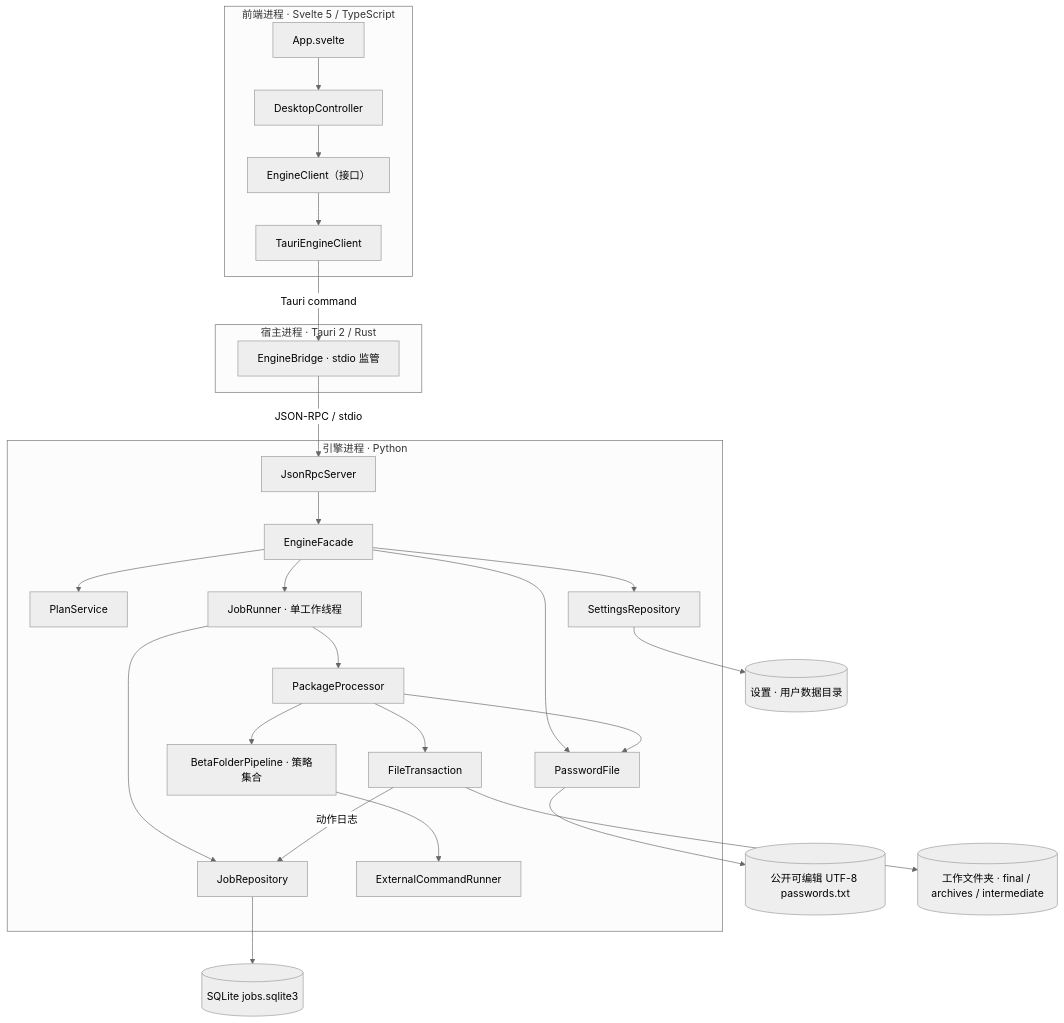
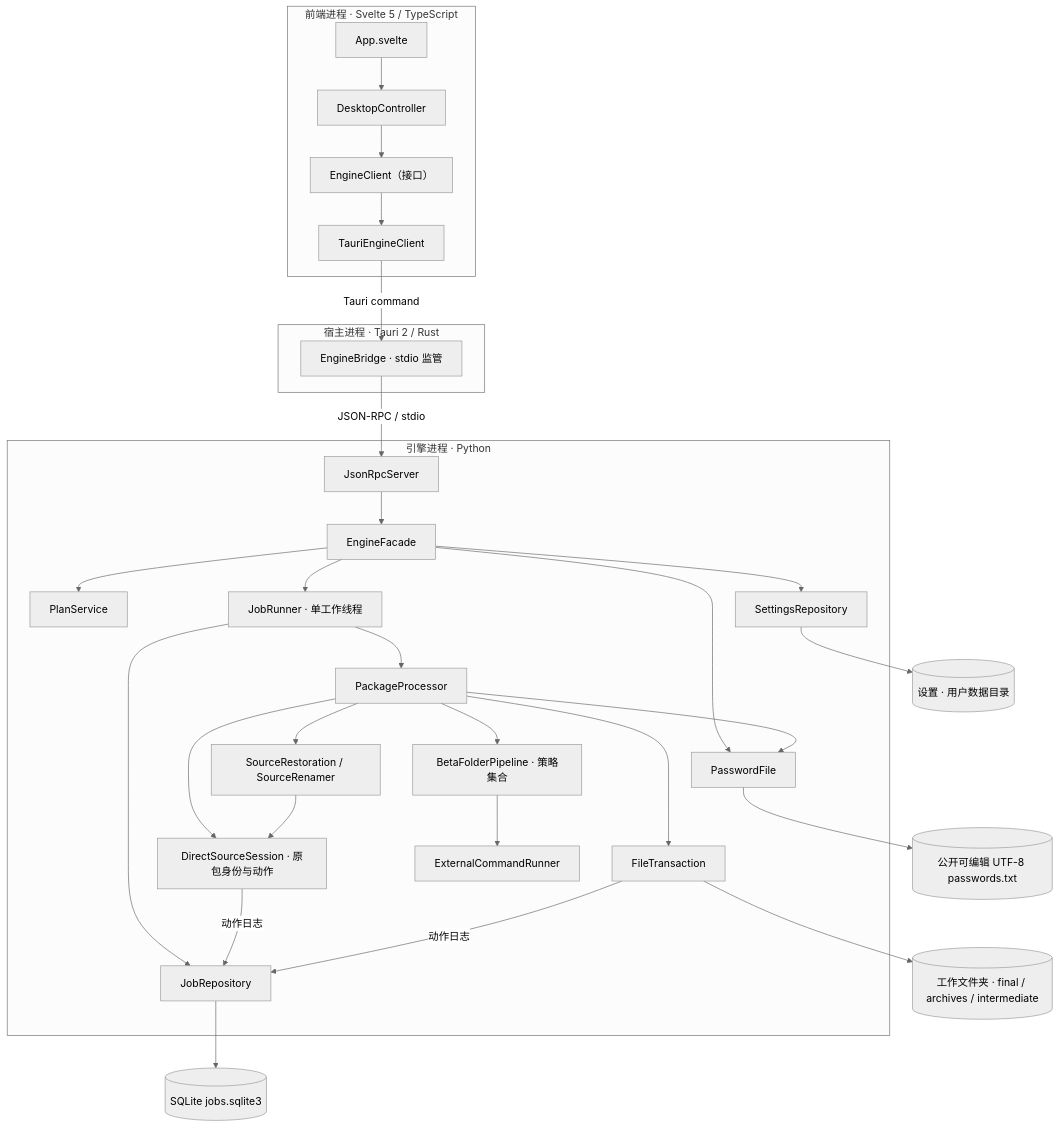
Before and after one commit to WOO-woo-Waf/reorder: the diagram in docs/diagrams/modules.mmd, drawn with Mermaid (neutral theme). The commit also changed 31 other files, not shown here.

```diff
--- a/docs/diagrams/modules.mmd
+++ b/docs/diagrams/modules.mmd
@@ -1,44 +1,50 @@
 flowchart TB
   subgraph FE["前端进程 · Svelte 5 / TypeScript"]
     UI["App.svelte"]
     Controller["DesktopController"]
     Client["EngineClient（接口）"]
     Adapter["TauriEngineClient"]
   end
   subgraph HOST["宿主进程 · Tauri 2 / Rust"]
     Bridge["EngineBridge · stdio 监管"]
   end
   subgraph ENGINE["引擎进程 · Python"]
     Server["JsonRpcServer"]
     Facade["EngineFacade"]
     Planner["PlanService"]
     Jobs["JobRunner · 单工作线程"]
     Processor["PackageProcessor"]
     Files["FileTransaction"]
+    Sources["DirectSourceSession · 原包身份与动作"]
+    Restore["SourceRestoration / SourceRenamer"]
     Secrets["PasswordFile"]
     Settings["SettingsRepository"]
     Repo["JobRepository"]
     Pipeline["BetaFolderPipeline · 策略集合"]
     Runner["ExternalCommandRunner"]
   end
   UI --> Controller
   Controller --> Client
   Client --> Adapter
   Adapter -->|Tauri command| Bridge
   Bridge -->|JSON-RPC / stdio| Server
   Server --> Facade
   Facade --> Planner
   Facade --> Jobs
   Facade --> Settings
   Facade --> Secrets
   Jobs --> Processor
   Jobs --> Repo
   Processor --> Pipeline
   Processor --> Files
+  Processor --> Sources
+  Processor --> Restore
+  Restore --> Sources
+  Sources -->|动作日志| Repo
   Processor --> Secrets
   Files -->|动作日志| Repo
   Pipeline --> Runner
   Repo --> DB[("SQLite jobs.sqlite3")]
   Settings --> Cfg[("设置 · 用户数据目录")]
   Secrets --> OS[("公开可编辑 UTF-8 passwords.txt")]
   Files --> Out[("工作文件夹 · final / archives / intermediate")]
```
